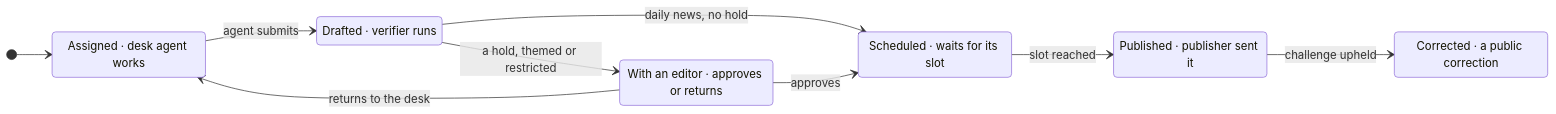
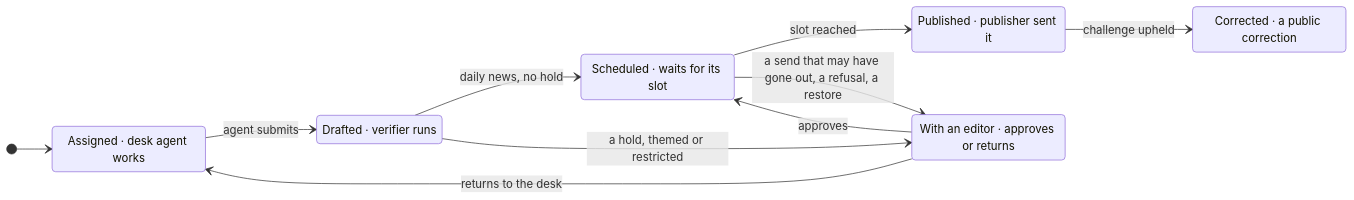
Before and after one commit to mehrad77/AgenticNewsRoom: the second of 3 diagrams in docs/technical-design.md, drawn with Mermaid. The commit also changed other lines of this file and 3 other files, not shown here.

````diff
--- a/docs/technical-design.md
+++ b/docs/technical-design.md
@@ -101,18 +102,19 @@
 ```mermaid
 stateDiagram-v2
   direction LR
   Assigned: Assigned · desk agent works
   Drafted: Drafted · verifier runs
   Scheduled: Scheduled · waits for its slot
   Published: Published · publisher sent it
   WithEditor: With an editor · approves or returns
   Corrected: Corrected · a public correction
   [*] --> Assigned
   Assigned --> Drafted: agent submits
   Drafted --> Scheduled: daily news, no hold
   Drafted --> WithEditor: a hold, themed or restricted
   WithEditor --> Scheduled: approves
   WithEditor --> Assigned: returns to the desk
   Scheduled --> Published: slot reached
+  Scheduled --> WithEditor: a send that may have gone out, a refusal, a restore
   Published --> Corrected: challenge upheld
 ```
````
